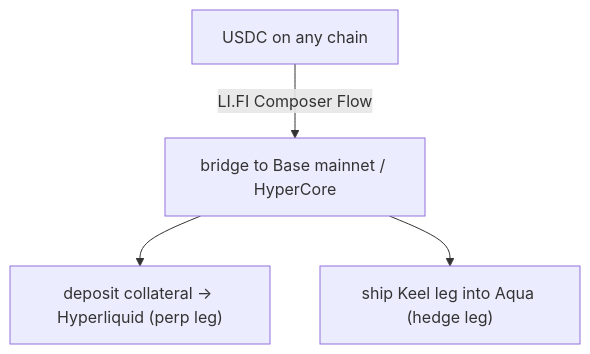
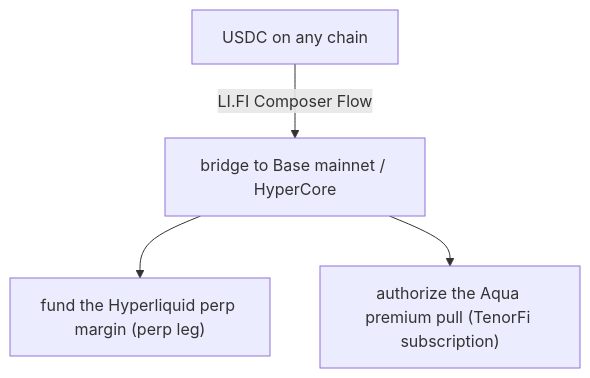
Before and after one commit to 0xYudhishthra/TenorFi: the fourth of 4 diagrams in docs/bounty-integrations.md, drawn with Mermaid. The commit also changed other lines of this file and 6 other files, not shown here.

First line of the commit message:
docs: rebrand Keel → TenorFi + reframe narrative as the interest-rate swap for perps

````diff
--- a/docs/bounty-integrations.md
+++ b/docs/bounty-integrations.md
@@ -180,6 +188,6 @@
 ```mermaid
 flowchart TB
     USER["USDC on any chain"] -->|LI.FI Composer Flow| BRIDGE["bridge to Base mainnet / HyperCore"]
-    BRIDGE --> DEP["deposit collateral → Hyperliquid (perp leg)"]
-    BRIDGE --> OPEN["ship Keel leg into Aqua (hedge leg)"]
+    BRIDGE --> DEP["fund the Hyperliquid perp margin (perp leg)"]
+    BRIDGE --> OPEN["authorize the Aqua premium pull (TenorFi subscription)"]
 ```
````
